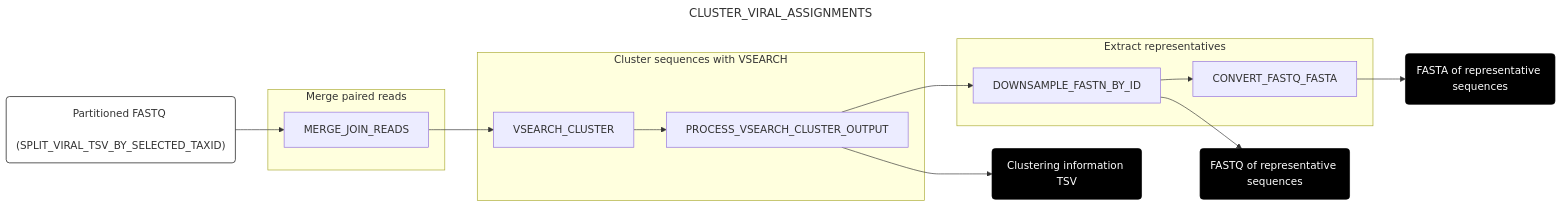
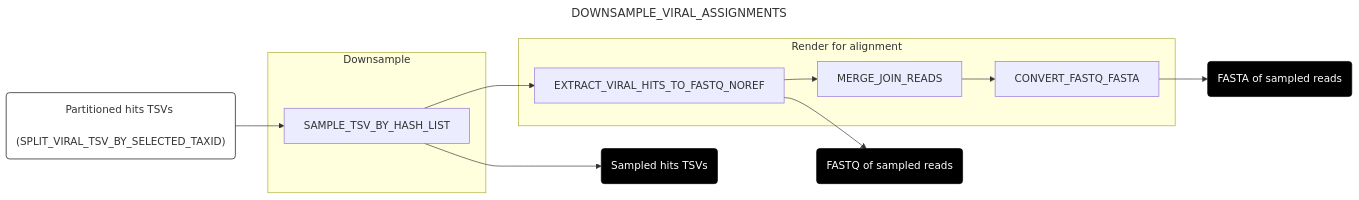
Before and after one commit to securebio/nao-mgs-workflow: the seventh of 10 diagrams in docs/downstream.md, drawn with Mermaid. The commit also changed other lines of this file and 13 other files, not shown here.

````diff
--- a/docs/downstream.md
+++ b/docs/downstream.md
@@ -359,31 +388,27 @@
 ```mermaid
 ---
-title: CLUSTER_VIRAL_ASSIGNMENTS
+title: DOWNSAMPLE_VIRAL_ASSIGNMENTS
 config:
   layout: horizontal
 ---
 flowchart LR
-A("Partitioned FASTQ <br> (SPLIT_VIRAL_TSV_BY_SELECTED_TAXID)") --> B[MERGE_JOIN_READS]
-B --> C[VSEARCH_CLUSTER]
-C --> D[PROCESS_VSEARCH_CLUSTER_OUTPUT]
-D --> E[DOWNSAMPLE_FASTN_BY_ID]
-E --> F[CONVERT_FASTQ_FASTA]
-F --> G(FASTA of representative sequences)
-E --> H(FASTQ of representative sequences)
-D --> I(Clustering information TSV)
-subgraph "Merge paired reads"
+A("Partitioned hits TSVs <br> (SPLIT_VIRAL_TSV_BY_SELECTED_TAXID)") --> B[SAMPLE_TSV_BY_HASH_LIST]
+B --> C[EXTRACT_VIRAL_HITS_TO_FASTQ_NOREF]
+C --> D[MERGE_JOIN_READS]
+D --> E[CONVERT_FASTQ_FASTA]
+B --> H(Sampled hits TSVs)
+C --> I(FASTQ of sampled reads)
+E --> G(FASTA of sampled reads)
+subgraph "Downsample"
 B
 end
-subgraph "Cluster sequences with VSEARCH"
+subgraph "Render for alignment"
 C
 D
-end
-subgraph "Extract representatives"
 E
-F
 end
 style A fill:#fff,stroke:#000
 style G fill:#000,color:#fff,stroke:#000
 style H fill:#000,color:#fff,stroke:#000
 style I fill:#000,color:#fff,stroke:#000
 ```
````
